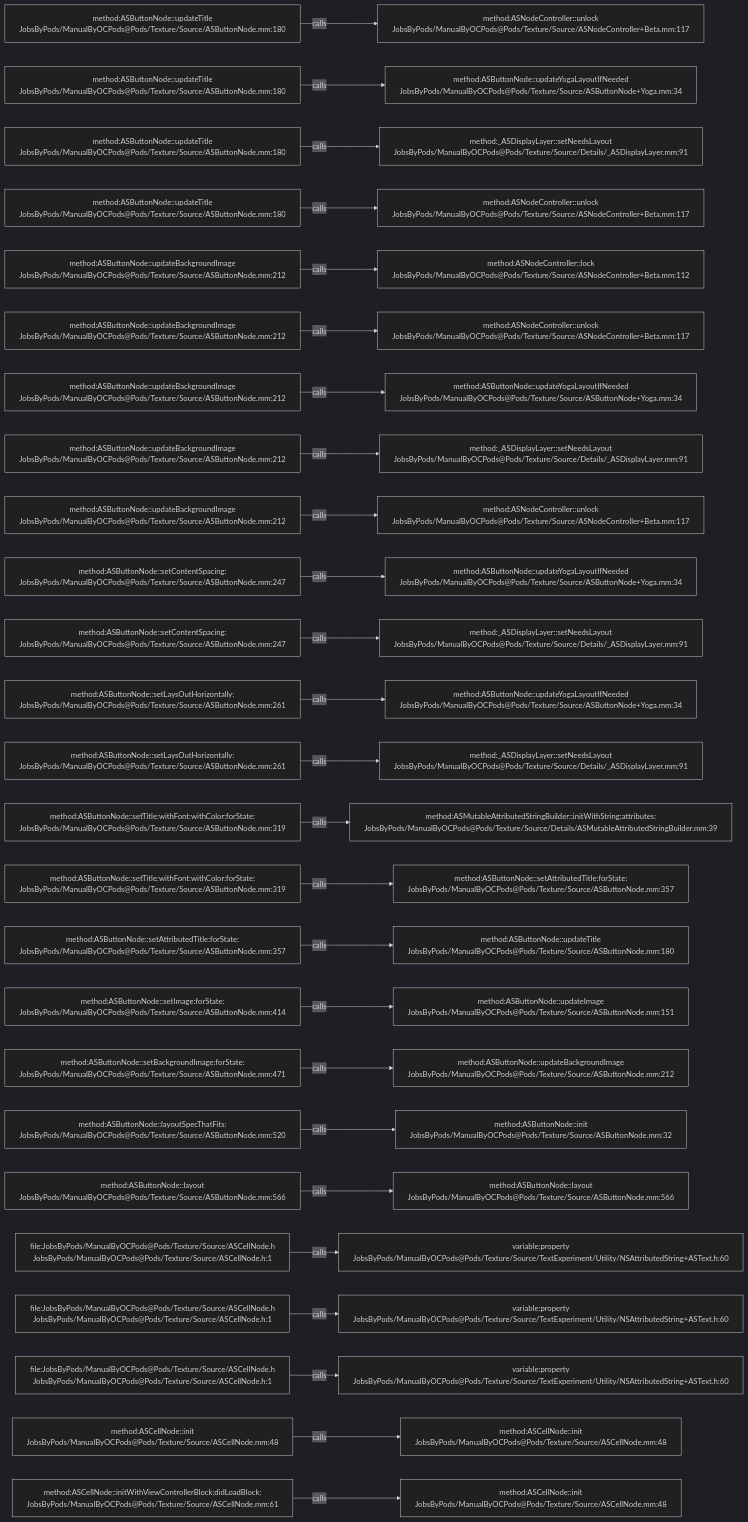
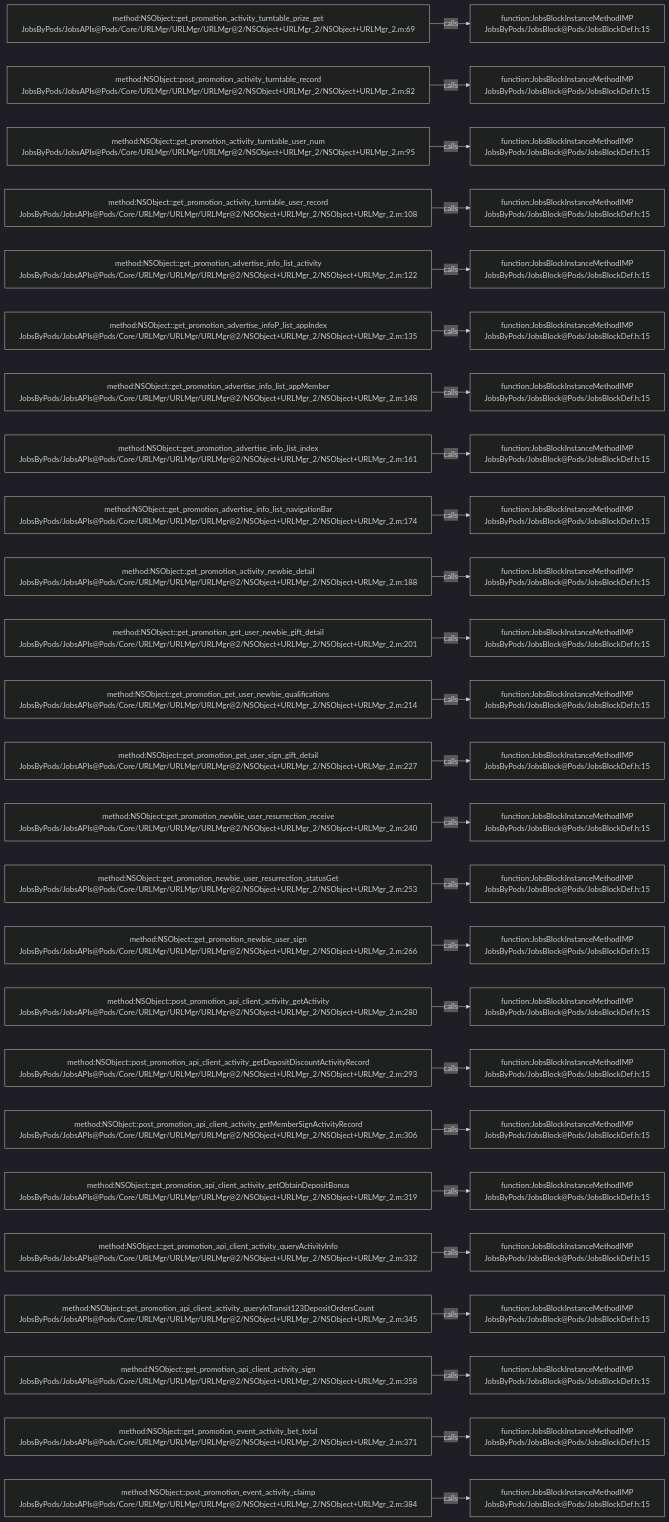
Before and after one commit to JobsKits/JobsOCBaseConfigDemo: the diagram in .codegraph/codegraph.md/graphs/calls-058.md, drawn with Mermaid (dark theme). The commit also changed 768 other files, not shown here.

````diff
--- a/.codegraph/codegraph.md/graphs/calls-058.md
+++ b/.codegraph/codegraph.md/graphs/calls-058.md
@@ -13,78 +13,78 @@
 ```mermaid
 flowchart LR
-  S1["method:ASButtonNode::updateTitle<br/>JobsByPods/ManualByOCPods@Pods/Texture/Source/ASButtonNode.mm:180"]
-  T1["method:ASNodeController::unlock<br/>JobsByPods/ManualByOCPods@Pods/Texture/Source/ASNodeController+Beta.mm:117"]
+  S1["method:NSObject::get_promotion_activity_turntable_prize_get<br/>JobsByPods/JobsAPIs@Pods/Core/URLMgr/URLMgr/URLMgr@2/NSObject+URLMgr_2/NSObject+URLMgr_2.m:69"]
+  T1["function:JobsBlockInstanceMethodIMP<br/>JobsByPods/JobsBlock@Pods/JobsBlockDef.h:15"]
   S1 -->|calls| T1
-  S2["method:ASButtonNode::updateTitle<br/>JobsByPods/ManualByOCPods@Pods/Texture/Source/ASButtonNode.mm:180"]
-  T2["method:ASButtonNode::updateYogaLayoutIfNeeded<br/>JobsByPods/ManualByOCPods@Pods/Texture/Source/ASButtonNode+Yoga.mm:34"]
+  S2["method:NSObject::post_promotion_activity_turntable_record<br/>JobsByPods/JobsAPIs@Pods/Core/URLMgr/URLMgr/URLMgr@2/NSObject+URLMgr_2/NSObject+URLMgr_2.m:82"]
+  T2["function:JobsBlockInstanceMethodIMP<br/>JobsByPods/JobsBlock@Pods/JobsBlockDef.h:15"]
   S2 -->|calls| T2
-  S3["method:ASButtonNode::updateTitle<br/>JobsByPods/ManualByOCPods@Pods/Texture/Source/ASButtonNode.mm:180"]
-  T3["method:_ASDisplayLayer::setNeedsLayout<br/>JobsByPods/ManualByOCPods@Pods/Texture/Source/Details/_ASDisplayLayer.mm:91"]
+  S3["method:NSObject::get_promotion_activity_turntable_user_num<br/>JobsByPods/JobsAPIs@Pods/Core/URLMgr/URLMgr/URLMgr@2/NSObject+URLMgr_2/NSObject+URLMgr_2.m:95"]
+  T3["function:JobsBlockInstanceMethodIMP<br/>JobsByPods/JobsBlock@Pods/JobsBlockDef.h:15"]
   S3 -->|calls| T3
-  S4["method:ASButtonNode::updateTitle<br/>JobsByPods/ManualByOCPods@Pods/Texture/Source/ASButtonNode.mm:180"]
-  T4["method:ASNodeController::unlock<br/>JobsByPods/ManualByOCPods@Pods/Texture/Source/ASNodeController+Beta.mm:117"]
+  S4["method:NSObject::get_promotion_activity_turntable_user_record<br/>JobsByPods/JobsAPIs@Pods/Core/URLMgr/URLMgr/URLMgr@2/NSObject+URLMgr_2/NSObject+URLMgr_2.m:108"]
+  T4["function:JobsBlockInstanceMethodIMP<br/>JobsByPods/JobsBlock@Pods/JobsBlockDef.h:15"]
   S4 -->|calls| T4
-  S5["method:ASButtonNode::updateBackgroundImage<br/>JobsByPods/ManualByOCPods@Pods/Texture/Source/ASButtonNode.mm:212"]
-  T5["method:ASNodeController::lock<br/>JobsByPods/ManualByOCPods@Pods/Texture/Source/ASNodeController+Beta.mm:112"]
+  S5["method:NSObject::get_promotion_advertise_info_list_activity<br/>JobsByPods/JobsAPIs@Pods/Core/URLMgr/URLMgr/URLMgr@2/NSObject+URLMgr_2/NSObject+URLMgr_2.m:122"]
+  T5["function:JobsBlockInstanceMethodIMP<br/>JobsByPods/JobsBlock@Pods/JobsBlockDef.h:15"]
   S5 -->|calls| T5
-  S6["method:ASButtonNode::updateBackgroundImage<br/>JobsByPods/ManualByOCPods@Pods/Texture/Source/ASButtonNode.mm:212"]
-  T6["method:ASNodeController::unlock<br/>JobsByPods/ManualByOCPods@Pods/Texture/Source/ASNodeController+Beta.mm:117"]
+  S6["method:NSObject::get_promotion_advertise_infoP_list_appIndex<br/>JobsByPods/JobsAPIs@Pods/Core/URLMgr/URLMgr/URLMgr@2/NSObject+URLMgr_2/NSObject+URLMgr_2.m:135"]
+  T6["function:JobsBlockInstanceMethodIMP<br/>JobsByPods/JobsBlock@Pods/JobsBlockDef.h:15"]
   S6 -->|calls| T6
-  S7["method:ASButtonNode::updateBackgroundImage<br/>JobsByPods/ManualByOCPods@Pods/Texture/Source/ASButtonNode.mm:212"]
-  T7["method:ASButtonNode::updateYogaLayoutIfNeeded<br/>JobsByPods/ManualByOCPods@Pods/Texture/Source/ASButtonNode+Yoga.mm:34"]
+  S7["method:NSObject::get_promotion_advertise_info_list_appMember<br/>JobsByPods/JobsAPIs@Pods/Core/URLMgr/URLMgr/URLMgr@2/NSObject+URLMgr_2/NSObject+URLMgr_2.m:148"]
+  T7["function:JobsBlockInstanceMethodIMP<br/>JobsByPods/JobsBlock@Pods/JobsBlockDef.h:15"]
   S7 -->|calls| T7
-  S8["method:ASButtonNode::updateBackgroundImage<br/>JobsByPods/ManualByOCPods@Pods/Texture/Source/ASButtonNode.mm:212"]
-  T8["method:_ASDisplayLayer::setNeedsLayout<br/>JobsByPods/ManualByOCPods@Pods/Texture/Source/Details/_ASDisplayLayer.mm:91"]
+  S8["method:NSObject::get_promotion_advertise_info_list_index<br/>JobsByPods/JobsAPIs@Pods/Core/URLMgr/URLMgr/URLMgr@2/NSObject+URLMgr_2/NSObject+URLMgr_2.m:161"]
+  T8["function:JobsBlockInstanceMethodIMP<br/>JobsByPods/JobsBlock@Pods/JobsBlockDef.h:15"]
   S8 -->|calls| T8
-  S9["method:ASButtonNode::updateBackgroundImage<br/>JobsByPods/ManualByOCPods@Pods/Texture/Source/ASButtonNode.mm:212"]
-  T9["method:ASNodeController::unlock<br/>JobsByPods/ManualByOCPods@Pods/Texture/Source/ASNodeController+Beta.mm:117"]
+  S9["method:NSObject::get_promotion_advertise_info_list_navigationBar<br/>JobsByPods/JobsAPIs@Pods/Core/URLMgr/URLMgr/URLMgr@2/NSObject+URLMgr_2/NSObject+URLMgr_2.m:174"]
+  T9["function:JobsBlockInstanceMethodIMP<br/>JobsByPods/JobsBlock@Pods/JobsBlockDef.h:15"]
   S9 -->|calls| T9
-  S10["method:ASButtonNode::setContentSpacing:<br/>JobsByPods/ManualByOCPods@Pods/Texture/Source/ASButtonNode.mm:247"]
-  T10["method:ASButtonNode::updateYogaLayoutIfNeeded<br/>JobsByPods/ManualByOCPods@Pods/Texture/Source/ASButtonNode+Yoga.mm:34"]
+  S10["method:NSObject::get_promotion_activity_newbie_detail<br/>JobsByPods/JobsAPIs@Pods/Core/URLMgr/URLMgr/URLMgr@2/NSObject+URLMgr_2/NSObject+URLMgr_2.m:188"]
+  T10["function:JobsBlockInstanceMethodIMP<br/>JobsByPods/JobsBlock@Pods/JobsBlockDef.h:15"]
   S10 -->|calls| T10
-  S11["method:ASButtonNode::setContentSpacing:<br/>JobsByPods/ManualByOCPods@Pods/Texture/Source/ASButtonNode.mm:247"]
-  T11["method:_ASDisplayLayer::setNeedsLayout<br/>JobsByPods/ManualByOCPods@Pods/Texture/Source/Details/_ASDisplayLayer.mm:91"]
+  S11["method:NSObject::get_promotion_get_user_newbie_gift_detail<br/>JobsByPods/JobsAPIs@Pods/Core/URLMgr/URLMgr/URLMgr@2/NSObject+URLMgr_2/NSObject+URLMgr_2.m:201"]
+  T11["function:JobsBlockInstanceMethodIMP<br/>JobsByPods/JobsBlock@Pods/JobsBlockDef.h:15"]
   S11 -->|calls| T11
-  S12["method:ASButtonNode::setLaysOutHorizontally:<br/>JobsByPods/ManualByOCPods@Pods/Texture/Source/ASButtonNode.mm:261"]
-  T12["method:ASButtonNode::updateYogaLayoutIfNeeded<br/>JobsByPods/ManualByOCPods@Pods/Texture/Source/ASButtonNode+Yoga.mm:34"]
+  S12["method:NSObject::get_promotion_get_user_newbie_qualifications<br/>JobsByPods/JobsAPIs@Pods/Core/URLMgr/URLMgr/URLMgr@2/NSObject+URLMgr_2/NSObject+URLMgr_2.m:214"]
+  T12["function:JobsBlockInstanceMethodIMP<br/>JobsByPods/JobsBlock@Pods/JobsBlockDef.h:15"]
   S12 -->|calls| T12
-  S13["method:ASButtonNode::setLaysOutHorizontally:<br/>JobsByPods/ManualByOCPods@Pods/Texture/Source/ASButtonNode.mm:261"]
-  T13["method:_ASDisplayLayer::setNeedsLayout<br/>JobsByPods/ManualByOCPods@Pods/Texture/Source/Details/_ASDisplayLayer.mm:91"]
+  S13["method:NSObject::get_promotion_get_user_sign_gift_detail<br/>JobsByPods/JobsAPIs@Pods/Core/URLMgr/URLMgr/URLMgr@2/NSObject+URLMgr_2/NSObject+URLMgr_2.m:227"]
+  T13["function:JobsBlockInstanceMethodIMP<br/>JobsByPods/JobsBlock@Pods/JobsBlockDef.h:15"]
   S13 -->|calls| T13
-  S14["method:ASButtonNode::setTitle:withFont:withColor:forState:<br/>JobsByPods/ManualByOCPods@Pods/Texture/Source/ASButtonNode.mm:319"]
-  T14["method:ASMutableAttributedStringBuilder::initWithString:attributes:<br/>JobsByPods/ManualByOCPods@Pods/Texture/Source/Details/ASMutableAttributedStringBuilder.mm:39"]
+  S14["method:NSObject::get_promotion_newbie_user_resurrection_receive<br/>JobsByPods/JobsAPIs@Pods/Core/URLMgr/URLMgr/URLMgr@2/NSObject+URLMgr_2/NSObject+URLMgr_2.m:240"]
+  T14["function:JobsBlockInstanceMethodIMP<br/>JobsByPods/JobsBlock@Pods/JobsBlockDef.h:15"]
   S14 -->|calls| T14
-  S15["method:ASButtonNode::setTitle:withFont:withColor:forState:<br/>JobsByPods/ManualByOCPods@Pods/Texture/Source/ASButtonNode.mm:319"]
-  T15["method:ASButtonNode::setAttributedTitle:forState:<br/>JobsByPods/ManualByOCPods@Pods/Texture/Source/ASButtonNode.mm:357"]
+  S15["method:NSObject::get_promotion_newbie_user_resurrection_statusGet<br/>JobsByPods/JobsAPIs@Pods/Core/URLMgr/URLMgr/URLMgr@2/NSObject+URLMgr_2/NSObject+URLMgr_2.m:253"]
+  T15["function:JobsBlockInstanceMethodIMP<br/>JobsByPods/JobsBlock@Pods/JobsBlockDef.h:15"]
   S15 -->|calls| T15
-  S16["method:ASButtonNode::setAttributedTitle:forState:<br/>JobsByPods/ManualByOCPods@Pods/Texture/Source/ASButtonNode.mm:357"]
-  T16["method:ASButtonNode::updateTitle<br/>JobsByPods/ManualByOCPods@Pods/Texture/Source/ASButtonNode.mm:180"]
+  S16["method:NSObject::get_promotion_newbie_user_sign<br/>JobsByPods/JobsAPIs@Pods/Core/URLMgr/URLMgr/URLMgr@2/NSObject+URLMgr_2/NSObject+URLMgr_2.m:266"]
+  T16["function:JobsBlockInstanceMethodIMP<br/>JobsByPods/JobsBlock@Pods/JobsBlockDef.h:15"]
   S16 -->|calls| T16
-  S17["method:ASButtonNode::setImage:forState:<br/>JobsByPods/ManualByOCPods@Pods/Texture/Source/ASButtonNode.mm:414"]
-  T17["method:ASButtonNode::updateImage<br/>JobsByPods/ManualByOCPods@Pods/Texture/Source/ASButtonNode.mm:151"]
+  S17["method:NSObject::post_promotion_api_client_activity_getActivity<br/>JobsByPods/JobsAPIs@Pods/Core/URLMgr/URLMgr/URLMgr@2/NSObject+URLMgr_2/NSObject+URLMgr_2.m:280"]
+  T17["function:JobsBlockInstanceMethodIMP<br/>JobsByPods/JobsBlock@Pods/JobsBlockDef.h:15"]
   S17 -->|calls| T17
-  S18["method:ASButtonNode::setBackgroundImage:forState:<br/>JobsByPods/ManualByOCPods@Pods/Texture/Source/ASButtonNode.mm:471"]
-  T18["method:ASButtonNode::updateBackgroundImage<br/>JobsByPods/ManualByOCPods@Pods/Texture/Source/ASButtonNode.mm:212"]
+  S18["method:NSObject::post_promotion_api_client_activity_getDepositDiscountActivityRecord<br/>JobsByPods/JobsAPIs@Pods/Core/URLMgr/URLMgr/URLMgr@2/NSObject+URLMgr_2/NSObject+URLMgr_2.m:293"]
+  T18["function:JobsBlockInstanceMethodIMP<br/>JobsByPods/JobsBlock@Pods/JobsBlockDef.h:15"]
   S18 -->|calls| T18
-  S19["method:ASButtonNode::layoutSpecThatFits:<br/>JobsByPods/ManualByOCPods@Pods/Texture/Source/ASButtonNode.mm:520"]
-  T19["method:ASButtonNode::init<br/>JobsByPods/ManualByOCPods@Pods/Texture/Source/ASButtonNode.mm:32"]
+  S19["method:NSObject::post_promotion_api_client_activity_getMemberSignActivityRecord<br/>JobsByPods/JobsAPIs@Pods/Core/URLMgr/URLMgr/URLMgr@2/NSObject+URLMgr_2/NSObject+URLMgr_2.m:306"]
+  T19["function:JobsBlockInstanceMethodIMP<br/>JobsByPods/JobsBlock@Pods/JobsBlockDef.h:15"]
   S19 -->|calls| T19
-  S20["method:ASButtonNode::layout<br/>JobsByPods/ManualByOCPods@Pods/Texture/Source/ASButtonNode.mm:566"]
-  T20["method:ASButtonNode::layout<br/>JobsByPods/ManualByOCPods@Pods/Texture/Source/ASButtonNode.mm:566"]
+  S20["method:NSObject::get_promotion_api_client_activity_getObtainDepositBonus<br/>JobsByPods/JobsAPIs@Pods/Core/URLMgr/URLMgr/URLMgr@2/NSObject+URLMgr_2/NSObject+URLMgr_2.m:319"]
+  T20["function:JobsBlockInstanceMethodIMP<br/>JobsByPods/JobsBlock@Pods/JobsBlockDef.h:15"]
   S20 -->|calls| T20
-  S21["file:JobsByPods/ManualByOCPods@Pods/Texture/Source/ASCellNode.h<br/>JobsByPods/ManualByOCPods@Pods/Texture/Source/ASCellNode.h:1"]
-  T21["variable:property<br/>JobsByPods/ManualByOCPods@Pods/Texture/Source/TextExperiment/Utility/NSAttributedString+ASText.h:60"]
+  S21["method:NSObject::get_promotion_api_client_activity_queryActivityInfo<br/>JobsByPods/JobsAPIs@Pods/Core/URLMgr/URLMgr/URLMgr@2/NSObject+URLMgr_2/NSObject+URLMgr_2.m:332"]
+  T21["function:JobsBlockInstanceMethodIMP<br/>JobsByPods/JobsBlock@Pods/JobsBlockDef.h:15"]
   S21 -->|calls| T21
-  S22["file:JobsByPods/ManualByOCPods@Pods/Texture/Source/ASCellNode.h<br/>JobsByPods/ManualByOCPods@Pods/Texture/Source/ASCellNode.h:1"]
-  T22["variable:property<br/>JobsByPods/ManualByOCPods@Pods/Texture/Source/TextExperiment/Utility/NSAttributedString+ASText.h:60"]
+  S22["method:NSObject::get_promotion_api_client_activity_queryInTransit123DepositOrdersCount<br/>JobsByPods/JobsAPIs@Pods/Core/URLMgr/URLMgr/URLMgr@2/NSObject+URLMgr_2/NSObject+URLMgr_2.m:345"]
+  T22["function:JobsBlockInstanceMethodIMP<br/>JobsByPods/JobsBlock@Pods/JobsBlockDef.h:15"]
   S22 -->|calls| T22
-  S23["file:JobsByPods/ManualByOCPods@Pods/Texture/Source/ASCellNode.h<br/>JobsByPods/ManualByOCPods@Pods/Texture/Source/ASCellNode.h:1"]
-  T23["variable:property<br/>JobsByPods/ManualByOCPods@Pods/Texture/Source/TextExperiment/Utility/NSAttributedString+ASText.h:60"]
+  S23["method:NSObject::get_promotion_api_client_activity_sign<br/>JobsByPods/JobsAPIs@Pods/Core/URLMgr/URLMgr/URLMgr@2/NSObject+URLMgr_2/NSObject+URLMgr_2.m:358"]
+  T23["function:JobsBlockInstanceMethodIMP<br/>JobsByPods/JobsBlock@Pods/JobsBlockDef.h:15"]
   S23 -->|calls| T23
-  S24["method:ASCellNode::init<br/>JobsByPods/ManualByOCPods@Pods/Texture/Source/ASCellNode.mm:48"]
-  T24["method:ASCellNode::init<br/>JobsByPods/ManualByOCPods@Pods/Texture/Source/ASCellNode.mm:48"]
+  S24["method:NSObject::get_promotion_event_activity_bet_total<br/>JobsByPods/JobsAPIs@Pods/Core/URLMgr/URLMgr/URLMgr@2/NSObject+URLMgr_2/NSObject+URLMgr_2.m:371"]
+  T24["function:JobsBlockInstanceMethodIMP<br/>JobsByPods/JobsBlock@Pods/JobsBlockDef.h:15"]
   S24 -->|calls| T24
-  S25["method:ASCellNode::initWithViewControllerBlock:didLoadBlock:<br/>JobsByPods/ManualByOCPods@Pods/Texture/Source/ASCellNode.mm:61"]
-  T25["method:ASCellNode::init<br/>JobsByPods/ManualByOCPods@Pods/Texture/Source/ASCellNode.mm:48"]
+  S25["method:NSObject::post_promotion_event_activity_claimp<br/>JobsByPods/JobsAPIs@Pods/Core/URLMgr/URLMgr/URLMgr@2/NSObject+URLMgr_2/NSObject+URLMgr_2.m:384"]
+  T25["function:JobsBlockInstanceMethodIMP<br/>JobsByPods/JobsBlock@Pods/JobsBlockDef.h:15"]
   S25 -->|calls| T25
 ```
````
